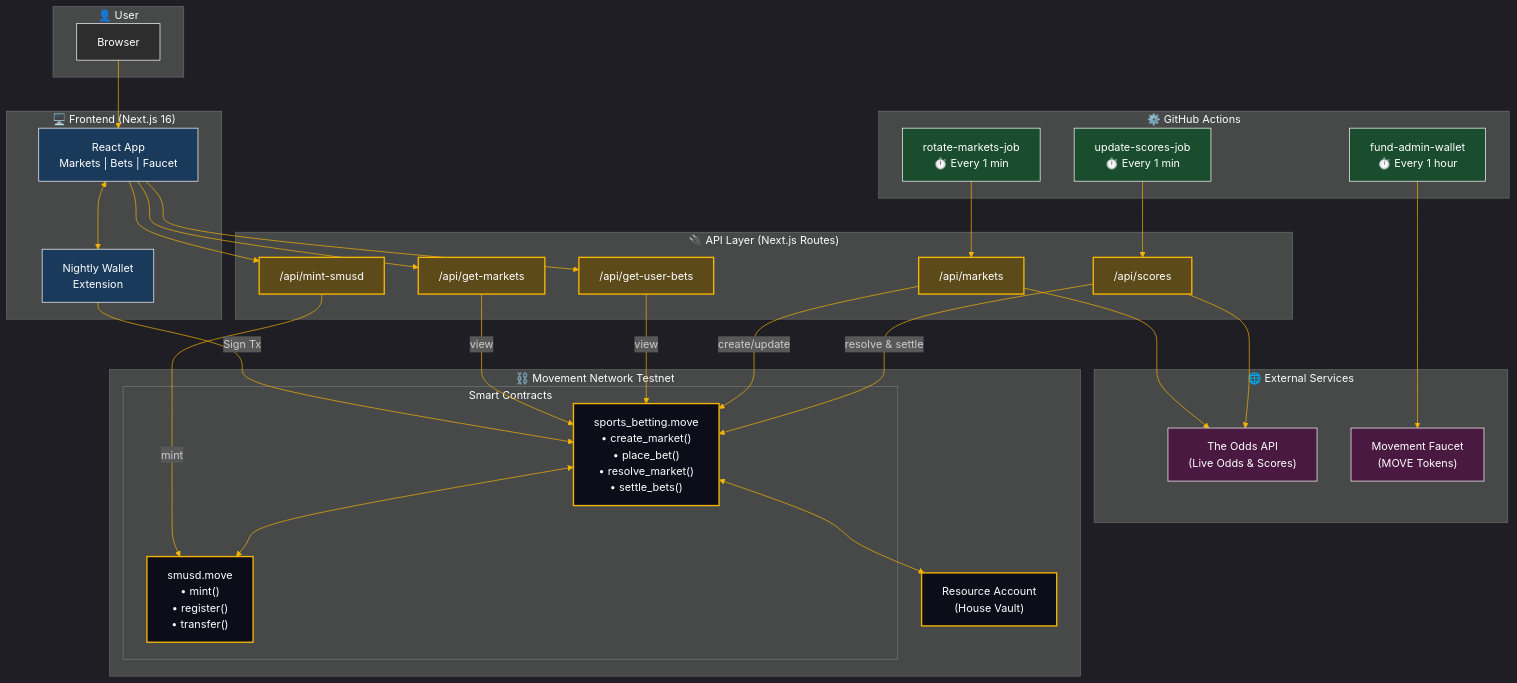
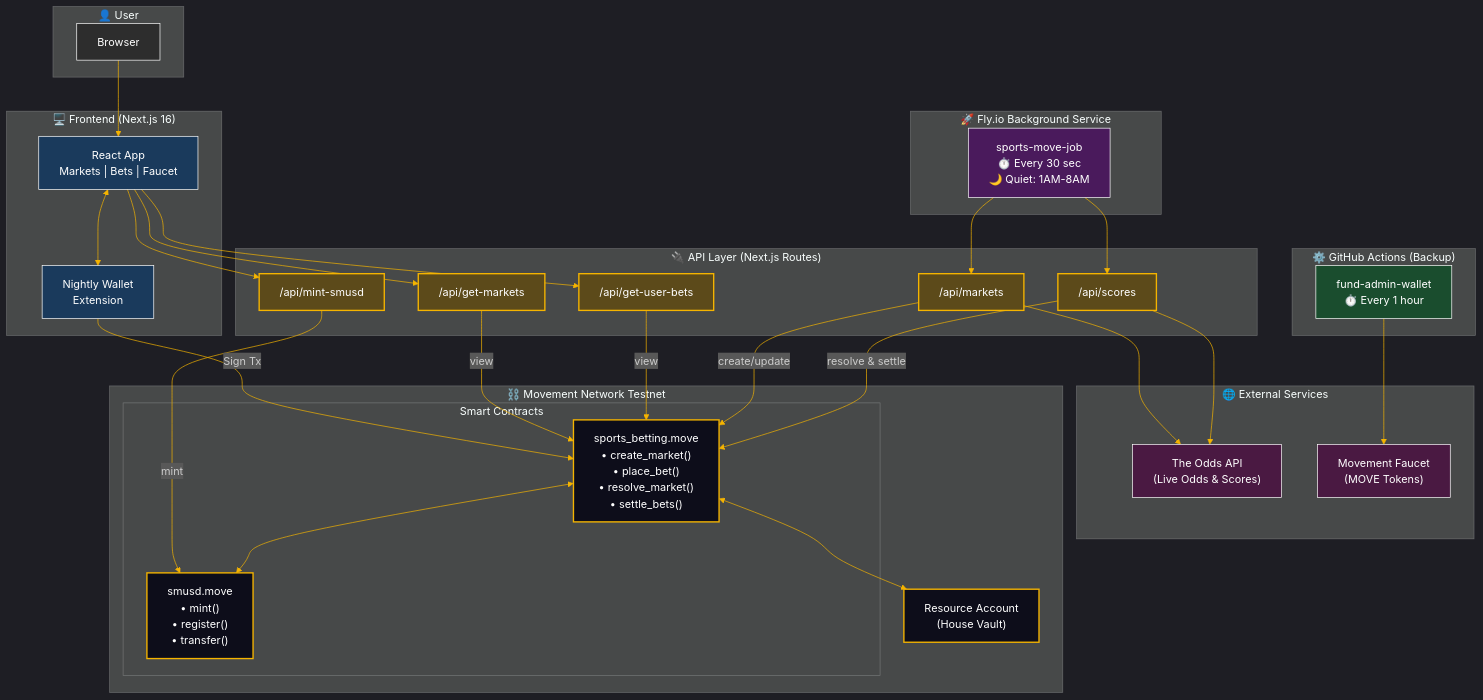
One commit to lunarlaunchlabs/sports-move changed the diagram in README.md. Above: the diagram before and after it, drawn with Mermaid. The commit also changed other lines of this file, not shown here.

Commit message:
docs: update README to reflect Fly.io as primary, GitHub Actions as backup

```diff
--- a/README.md
+++ b/README.md
@@ -92,9 +92,11 @@
         Faucet["Movement Faucet<br/>(MOVE Tokens)"]
     end
 
-    subgraph GHA["⚙️ GitHub Actions"]
-        MarketsJob["rotate-markets-job<br/>⏱️ Every 1 min"]
-        ScoresJob["update-scores-job<br/>⏱️ Every 1 min"]
+    subgraph FLYIO["🚀 Fly.io Background Service"]
+        JobService["sports-move-job<br/>⏱️ Every 30 sec<br/>🌙 Quiet: 1AM-8AM"]
+    end
+
+    subgraph GHA["⚙️ GitHub Actions (Backup)"]
         FundJob["fund-admin-wallet<br/>⏱️ Every 1 hour"]
     end
 
@@ -134,9 +136,9 @@
     MarketsAPI -->|"create/update"| Betting
     ScoresAPI -->|"resolve & settle"| Betting
 
-    %% GitHub Actions flows
-    MarketsJob --> MarketsAPI
-    ScoresJob --> ScoresAPI
+    %% Fly.io and GitHub Actions flows
+    JobService --> MarketsAPI
+    JobService --> ScoresAPI
     FundJob --> Faucet
     MarketsAPI --> OddsAPI
     ScoresAPI --> OddsAPI
@@ -154,8 +156,10 @@
     classDef user fill:#2d2d2d,stroke:#fff,stroke-width:1px,color:#fff
 
     class OddsAPI,Faucet external
-    class MarketsJob,ScoresJob,FundJob gha
+    class JobService flyio
+    class FundJob gha
     class UI,Wallet frontend
+    classDef flyio fill:#4a1a5c,stroke:#fff,stroke-width:1px,color:#fff
     class GetMarkets,GetBets,MintAPI,MarketsAPI,ScoresAPI api
     class SMUSD,Betting,Vault blockchain
     class Browser user
```
